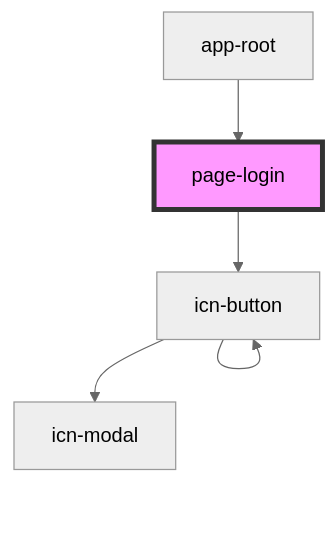
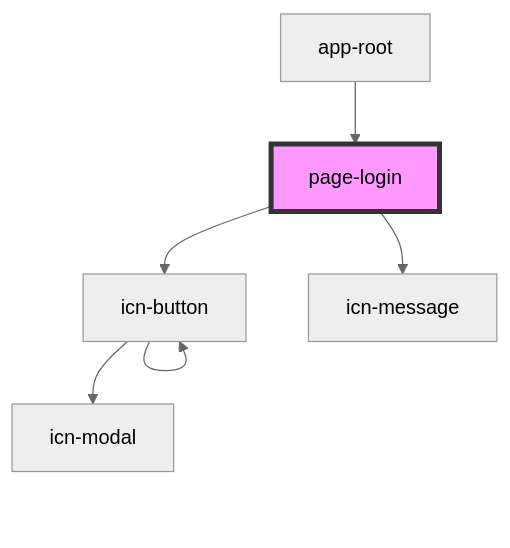
Before and after one commit to lokheed/IconEventNetwork.Web: the diagram in iconeventnetwork-web/src/components/pages/page-login/readme.md, drawn with Mermaid (neutral theme). The commit also changed other lines of this file and 8 other files, not shown here.

````diff
--- a/iconeventnetwork-web/src/components/pages/page-login/readme.md
+++ b/iconeventnetwork-web/src/components/pages/page-login/readme.md
@@ -19,8 +20,9 @@
 ```mermaid
 graph TD;
   page-login --> icn-button
+  page-login --> icn-message
   icn-button --> icn-modal
   icn-button --> icn-button
   app-root --> page-login
   style page-login fill:#f9f,stroke:#333,stroke-width:4px
 ```
````
